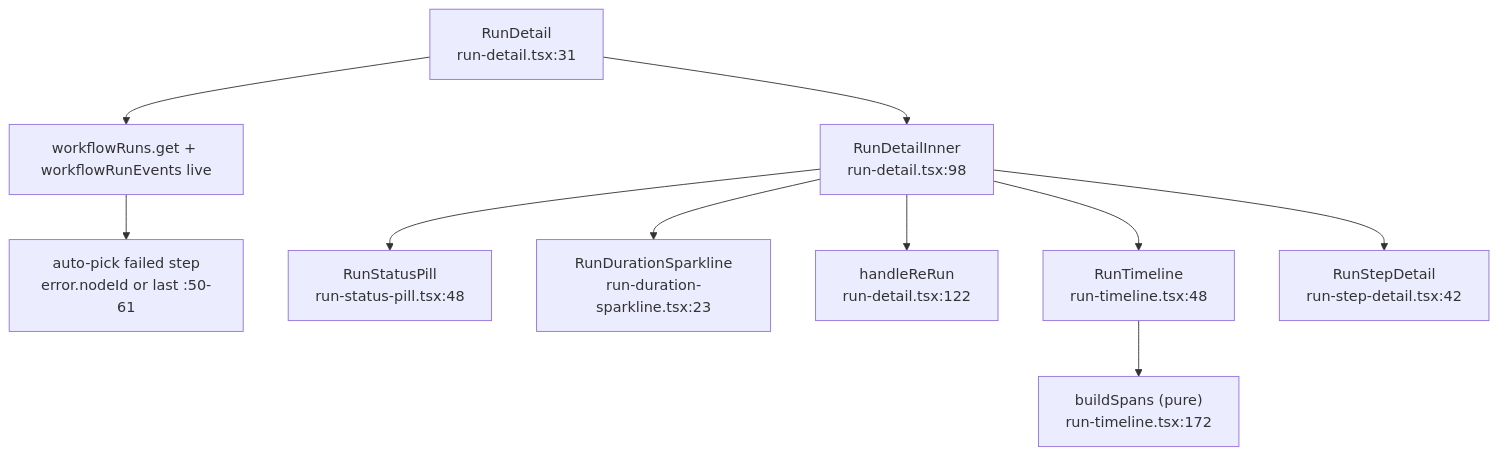
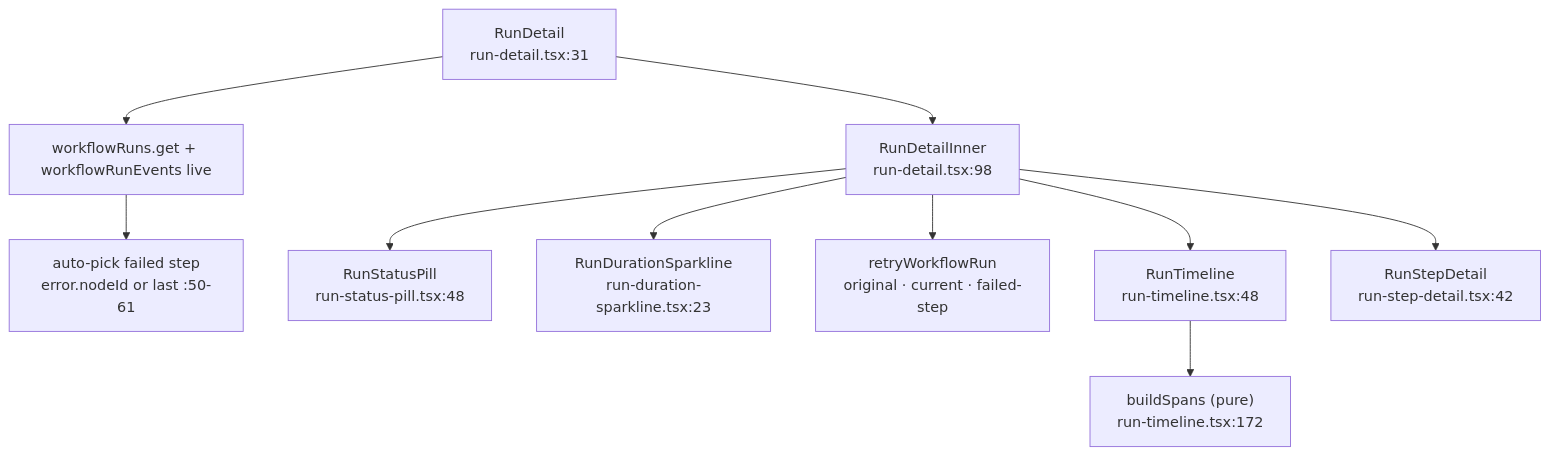
Before and after one commit to MaxQian888/cognia-next: the fourth of 5 diagrams in docs/content/docs/en/subsystems/visual-workflows/ui-runs.mdx, drawn with Mermaid. The commit also changed other lines of this file and 93 other files, not shown here.

````diff
--- a/docs/content/docs/en/subsystems/visual-workflows/ui-runs.mdx
+++ b/docs/content/docs/en/subsystems/visual-workflows/ui-runs.mdx
@@ -196,12 +196,12 @@
 ```mermaid
 flowchart TD
   RD["RunDetail<br/>run-detail.tsx:31"] --> JOIN["workflowRuns.get + workflowRunEvents live"]
   JOIN --> PICK["auto-pick failed step<br/>error.nodeId or last :50-61"]
   RD --> RDI["RunDetailInner<br/>run-detail.tsx:98"]
   RDI --> PILL["RunStatusPill<br/>run-status-pill.tsx:48"]
   RDI --> SPARK["RunDurationSparkline<br/>run-duration-sparkline.tsx:23"]
-  RDI --> RERUN["handleReRun<br/>run-detail.tsx:122"]
+  RDI --> RERUN["retryWorkflowRun<br/>original · current · failed-step"]
   RDI --> RT["RunTimeline<br/>run-timeline.tsx:48"]
   RT --> BS["buildSpans (pure)<br/>run-timeline.tsx:172"]
   RDI --> RSD["RunStepDetail<br/>run-step-detail.tsx:42"]
 ```
````
